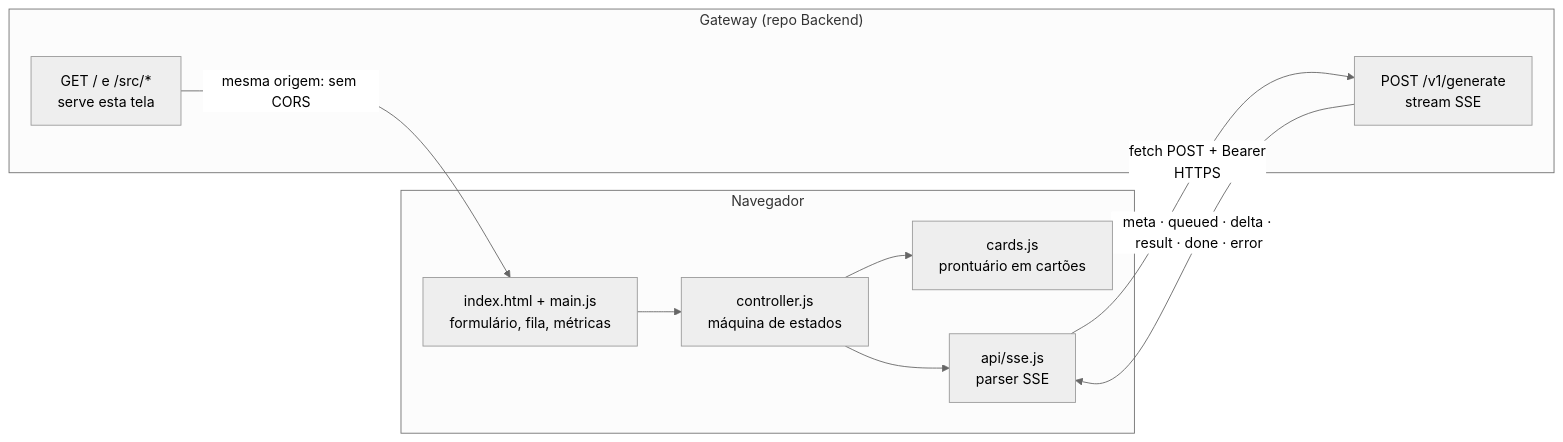
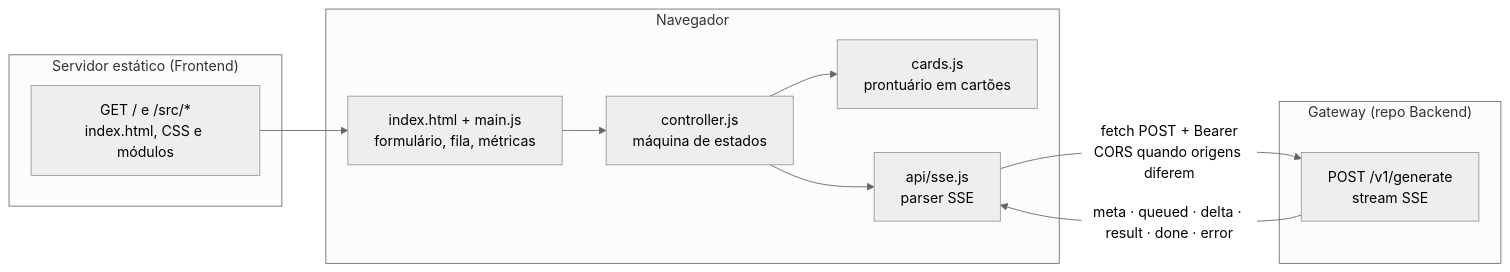
The first of 2 diagrams in EXPLICACAO.md (moinholigeiro/UFES_Redes_Trab2_Frontend), drawn with Mermaid (neutral theme) before and after one commit. The commit also changed other lines of this file and 2 other files, not shown here.

Commit message:
Documentacao atualizada

````diff
--- a/EXPLICACAO.md
+++ b/EXPLICACAO.md
@@ -11,18 +11,20 @@
 ```mermaid
 flowchart LR
     subgraph NAV["Navegador"]
         UI["index.html + main.js<br/>formulário, fila, métricas"]
         CARDS["cards.js<br/>prontuário em cartões"]
         CTRL["controller.js<br/>máquina de estados"]
         SSE["api/sse.js<br/>parser SSE"]
     end
+    subgraph HOST["Servidor estático (Frontend)"]
+        STATIC["GET / e /src/*<br/>index.html, CSS e módulos"]
+    end
     subgraph BE["Gateway (repo Backend)"]
-        STATIC["GET / e /src/*<br/>serve esta tela"]
         API["POST /v1/generate<br/>stream SSE"]
     end
-    STATIC -->|"mesma origem: sem CORS"| UI
+    STATIC --> UI
     UI --> CTRL --> SSE
-    SSE -->|"fetch POST + Bearer<br/>HTTPS"| API
+    SSE -->|"fetch POST + Bearer<br/>CORS quando origens diferem"| API
     API -->|"meta · queued · delta · result · done · error"| SSE
     CTRL --> CARDS
 ```
````
